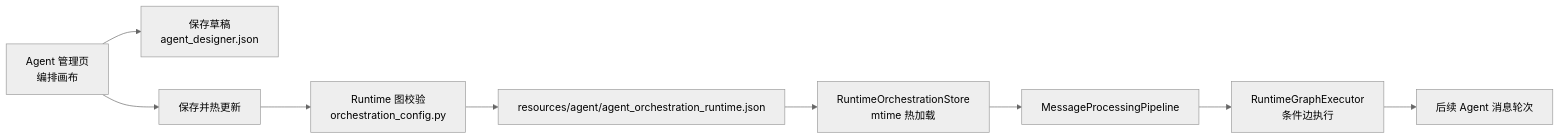
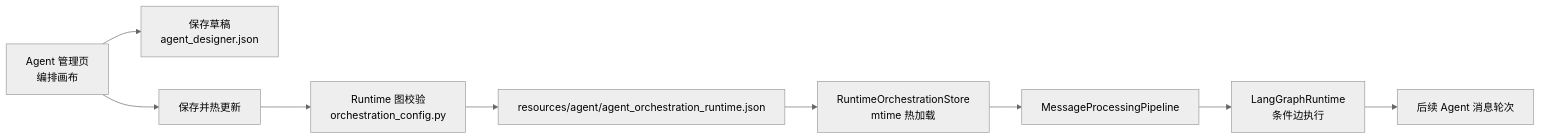
The first of 2 diagrams in docs/managers/agent-orchestration-config-roadmap.md (ClassRobot/ClassRobot), drawn with Mermaid (neutral theme) before and after one commit. The commit also changed other lines of this file and 219 other files, not shown here.

````diff
--- a/docs/managers/agent-orchestration-config-roadmap.md
+++ b/docs/managers/agent-orchestration-config-roadmap.md
@@ -131,11 +131,11 @@
 ```mermaid
 flowchart LR
     UI["Agent 管理页\n编排画布"] --> Save["保存草稿\nagent_designer.json"]
     UI --> Apply["保存并热更新"]
     Apply --> Validate["Runtime 图校验\norchestration_config.py"]
     Validate --> Config["resources/agent/agent_orchestration_runtime.json"]
     Config --> Store["RuntimeOrchestrationStore\nmtime 热加载"]
     Store --> Pipeline["MessageProcessingPipeline"]
-    Pipeline --> Executor["RuntimeGraphExecutor\n条件边执行"]
+    Pipeline --> Executor["LangGraphRuntime\n条件边执行"]
     Executor --> Turn["后续 Agent 消息轮次"]
 ```
````
